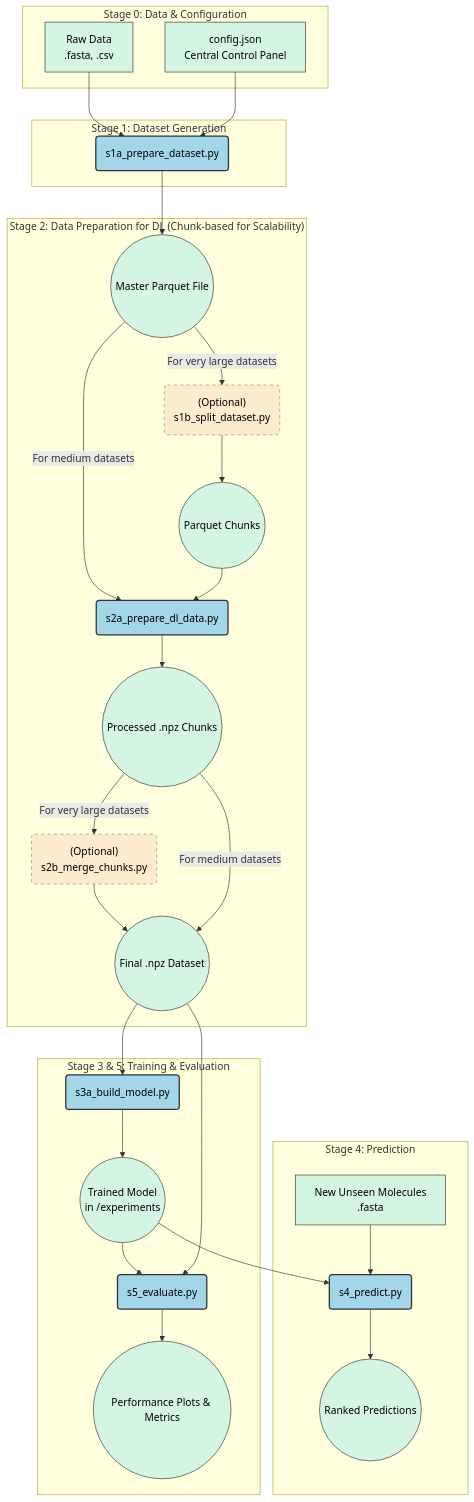
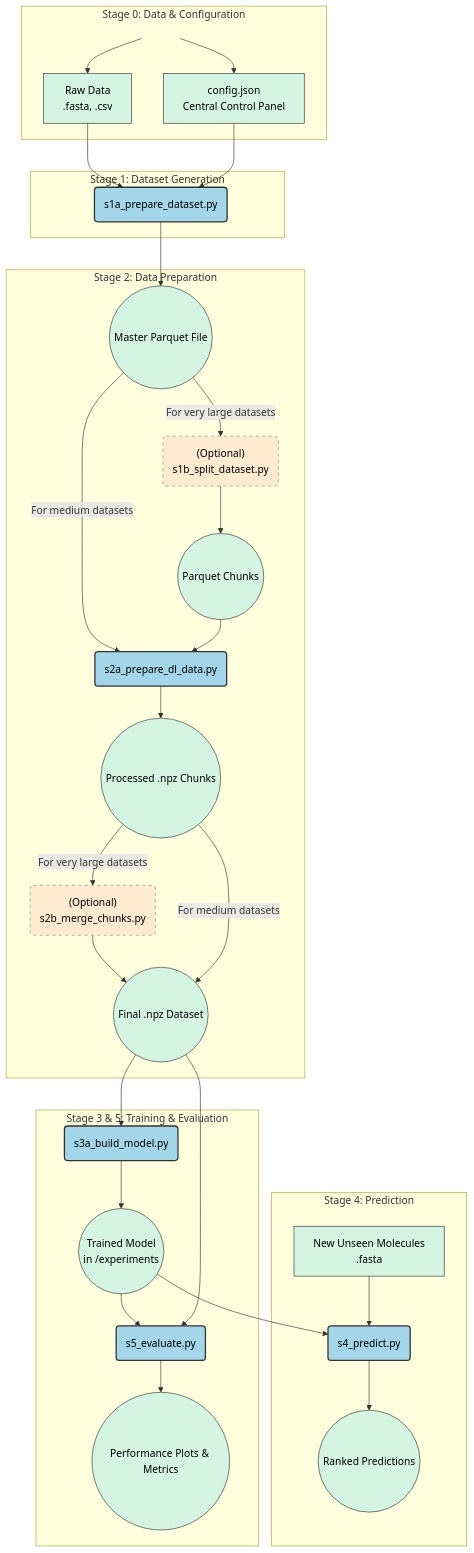
One commit to aamarzan/miRNA-RNA-Deep-Learning-Model changed the diagram in README.md. Above: the diagram before and after it, drawn with Mermaid.

````diff
--- a/README.md
+++ b/README.md
@@ -37,57 +37,60 @@
 ```mermaid
 graph TD
     classDef process fill:#a3d6e8,color:#000,stroke:#333,stroke-width:2px;
     classDef data fill:#d5f5e3,color:#000,stroke:#333,stroke-width:1px;
     classDef optional fill:#fdebd0,color:#000,stroke:#888,stroke-width:1px,stroke-dasharray: 5 5;
+    classDef spacer fill:none,stroke:none;
 
     subgraph "Stage 0: Data & Configuration"
+        spacer0[ ]:::spacer
         A[Raw Data <br> .fasta, .csv]:::data
         B[config.json <br> Central Control Panel]:::data
+spacer0 --> A & B
     end
 
     subgraph "Stage 1: Dataset Generation"
         C(s1a_prepare_dataset.py):::process
     end
 
-    subgraph "Stage 2: Data Preparation for DL (Chunk-based for Scalability)"
+    subgraph "Stage 2: Data Preparation"
         D((Master Parquet File)):::data
         E("(Optional) <br> s1b_split_dataset.py"):::optional
         F((Parquet Chunks)):::data
         G(s2a_prepare_dl_data.py):::process
         H((Processed .npz Chunks)):::data
         I("(Optional) <br> s2b_merge_chunks.py"):::optional
         J((Final .npz Dataset)):::data
     end
 
     subgraph "Stage 3 & 5: Training & Evaluation"
         K(s3a_build_model.py):::process
         L((Trained Model <br> in /experiments)):::data
         M(s5_evaluate.py):::process
         N((Performance Plots & Metrics)):::data
     end
 
     subgraph "Stage 4: Prediction"
         O(s4_predict.py):::process
         P[New Unseen Molecules <br> .fasta]:::data
         Q((Ranked Predictions)):::data
     end
 
     A & B --> C --> D
 
     D -- For very large datasets --> E
     E --> F
     D -- For medium datasets --> G
     F --> G
 
     G --> H
 
     H -- For very large datasets --> I
     I --> J
     H -- For medium datasets --> J
 
     J --> K --> L
     L --> M
     J --> M --> N
 
     L & P --> O --> Q
 ```
````
